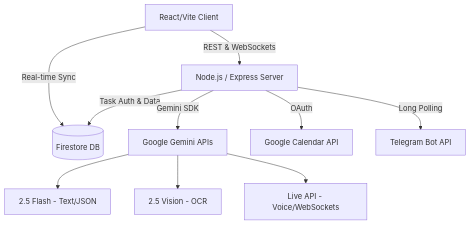
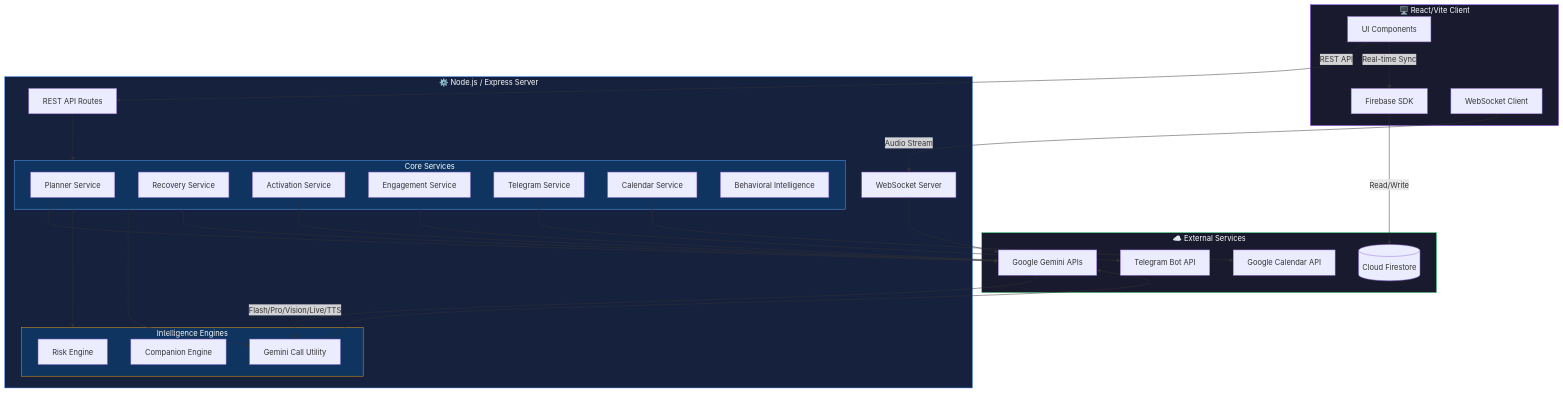
The first of 2 diagrams in README.md (LavSarkari/Saarthi-), drawn with Mermaid before and after one commit. The commit also changed other lines of this file and 21 other files, not shown here.

````diff
--- a/README.md
+++ b/README.md
@@ -81,14 +237,62 @@
 ```mermaid
-graph TD
-    Client[React/Vite Client] -->|REST & WebSockets| Node[Node.js / Express Server]
-    Client -->|Real-time Sync| Firebase[(Firestore DB)]
+graph TB
+    subgraph Client["🖥️ React/Vite Client"]
+        UI[UI Components]
+        FB[Firebase SDK]
+        WS_Client[WebSocket Client]
+    end
+
+    subgraph Server["⚙️ Node.js / Express Server"]
+        API[REST API Routes]
+        WSS[WebSocket Server]
+        
+        subgraph Services["Core Services"]
+            PS[Planner Service]
+            RS[Recovery Service]
+            AS[Activation Service]
+            ES[Engagement Service]
+            TS[Telegram Service]
+            CS[Calendar Service]
+            BI[Behavioral Intelligence]
+        end
+        
+        subgraph Engines["Intelligence Engines"]
+            RE[Risk Engine]
+            CE[Companion Engine]
+            GC[Gemini Call Utility]
+        end
+    end
+
+    subgraph External["☁️ External Services"]
+        Gemini[Google Gemini APIs]
+        Firestore[(Cloud Firestore)]
+        GCal[Google Calendar API]
+        TG[Telegram Bot API]
+    end
+
+    UI -->|REST API| API
+    UI -->|Real-time Sync| FB
+    WS_Client -->|Audio Stream| WSS
+    FB -->|Read/Write| Firestore
     
-    Node -->|Task Auth & Data| Firebase
-    Node -->|Gemini SDK| Gemini[Google Gemini APIs]
-    Node -->|OAuth| GCal[Google Calendar API]
-    Node -->|Long Polling| Telegram[Telegram Bot API]
+    API --> Services
+    WSS --> Gemini
+    Services --> Engines
+    Services --> GC
+    GC --> Gemini
     
-    Gemini --> Flash[2.5 Flash - Text/JSON]
-    Gemini --> Vision[2.5 Vision - OCR]
-    Gemini --> Live[Live API - Voice/WebSockets]
+    PS --> Gemini
+    RS --> Gemini
+    AS --> Gemini
+    ES --> Gemini
+    TS --> TG
+    CS --> GCal
+
+    Gemini -->|Flash/Pro/Vision/Live/TTS| GC
+
+    style Client fill:#1a1a2e,stroke:#7c3aed,color:#fff
+    style Server fill:#16213e,stroke:#3b82f6,color:#fff
+    style Services fill:#0f3460,stroke:#60a5fa,color:#fff
+    style Engines fill:#0f3460,stroke:#f59e0b,color:#fff
+    style External fill:#1a1a2e,stroke:#22c55e,color:#fff
 ```
````
